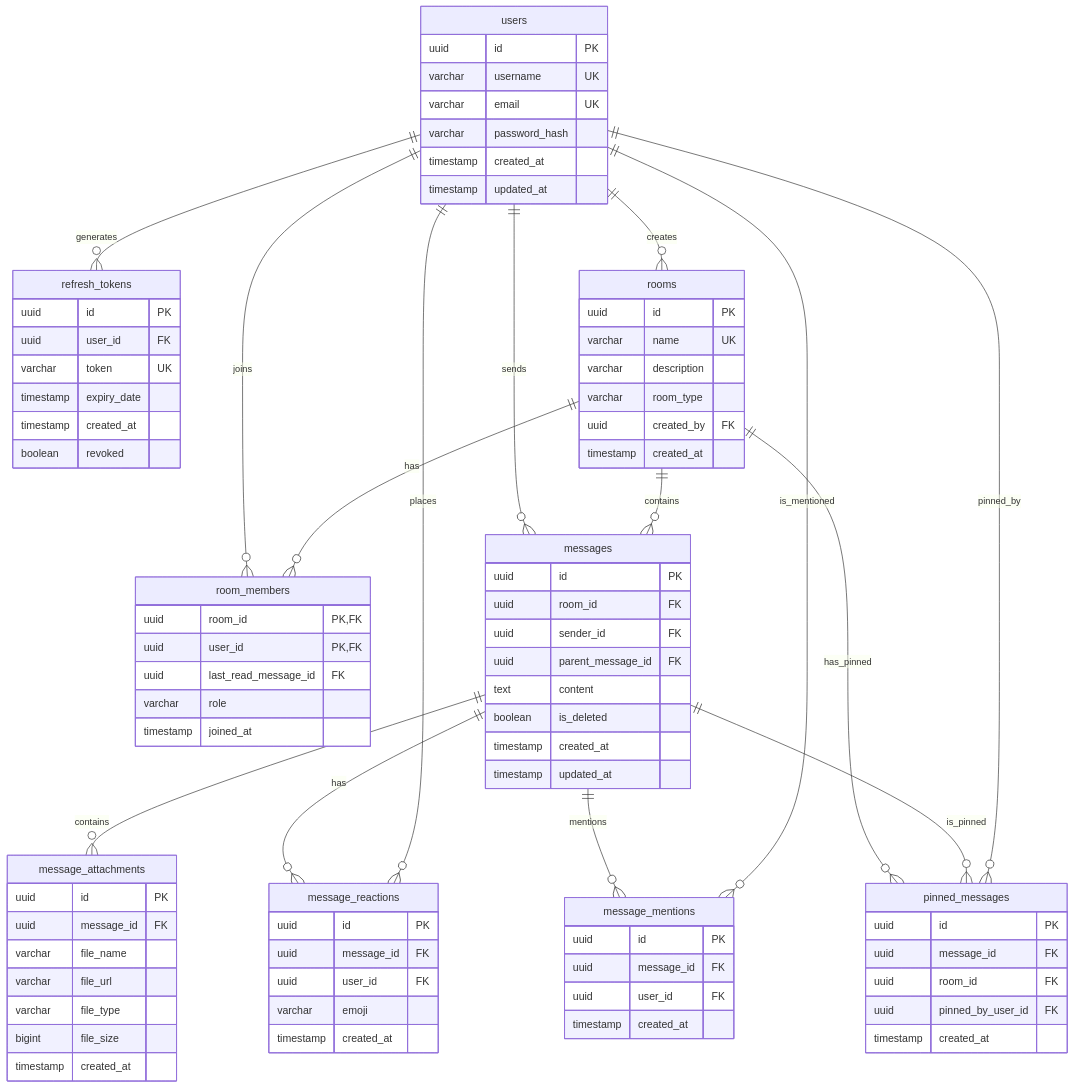
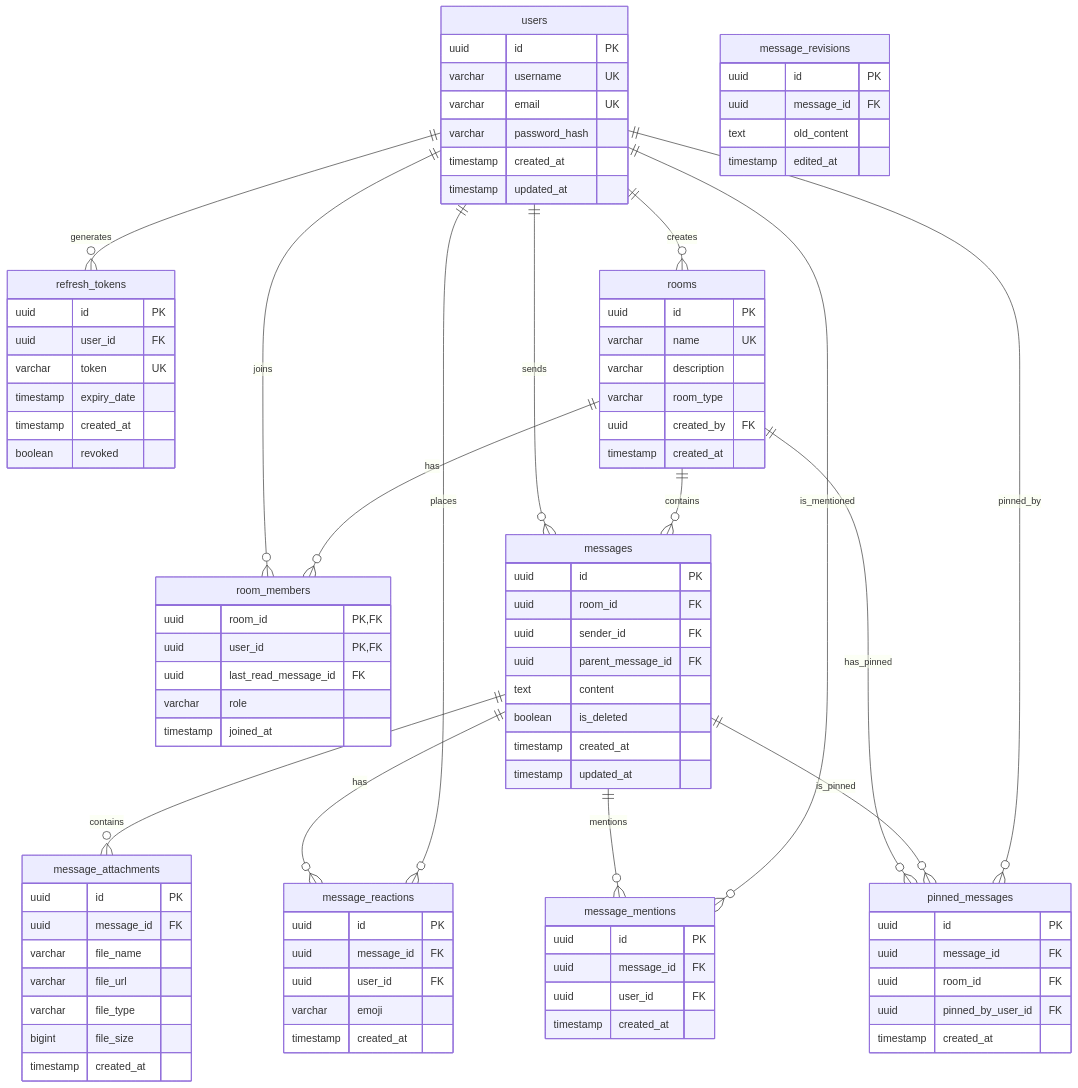
Before and after one commit to rishi-18/realtime-chat-application: the diagram in docs/database-design.md, drawn with Mermaid. The commit also changed other lines of this file and 14 other files, not shown here.

Commit message:
feat: implement message edit history revisions logs and audit tracking (Feature 16)

```diff
--- a/docs/database-design.md
+++ b/docs/database-design.md
@@ -78,6 +78,12 @@
         uuid pinned_by_user_id FK
         timestamp created_at
     }
+    message_revisions {
+        uuid id PK
+        uuid message_id FK
+        text old_content
+        timestamp edited_at
+    }
 
     users ||--o{ refresh_tokens : "generates"
     users ||--o{ rooms : "creates"
```
